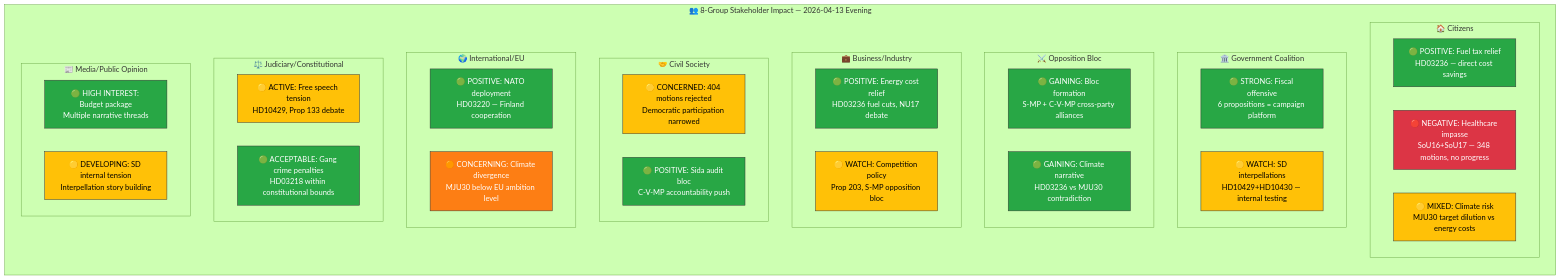
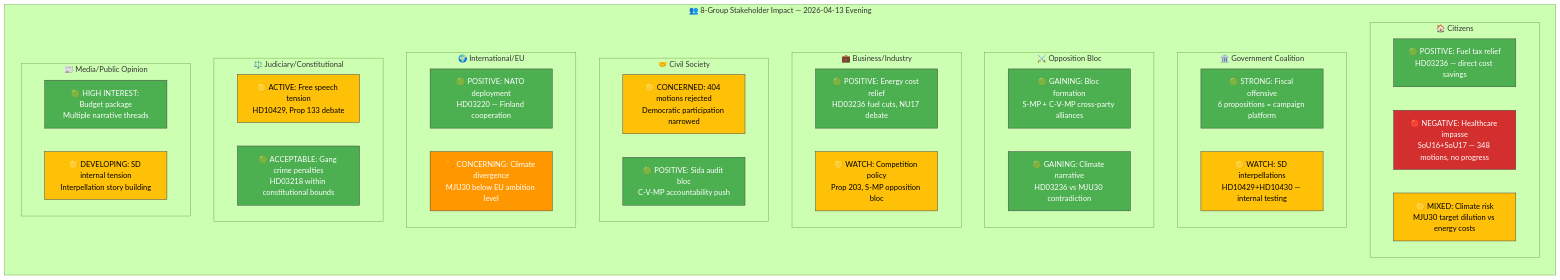
Before and after one commit to Hack23/riksdagsmonitor: the diagram in analysis/daily/2026-04-13/evening-analysis-2/stakeholder-perspectives.md, drawn with Mermaid (forest theme). The commit also changed 785 other files, not shown here.

First line of the commit message:
Normalize mermaid colors across 786 analysis artifacts to ISMS Style Guide palette

````diff
--- a/analysis/daily/2026-04-13/evening-analysis-2/stakeholder-perspectives.md
+++ b/analysis/daily/2026-04-13/evening-analysis-2/stakeholder-perspectives.md
@@ -16,56 +16,56 @@
 ```mermaid
 graph TD
     subgraph "👥 8-Group Stakeholder Impact — 2026-04-13 Evening"
         direction TB
         subgraph CIT["🏠 Citizens"]
             CIT1["🟢 POSITIVE: Fuel tax relief<br/>HD03236 — direct cost savings"]
             CIT2["🔴 NEGATIVE: Healthcare impasse<br/>SoU16+SoU17 — 348 motions, no progress"]
             CIT3["🟡 MIXED: Climate risk<br/>MJU30 target dilution vs energy costs"]
         end
         subgraph GOV["🏛️ Government Coalition"]
             GOV1["🟢 STRONG: Fiscal offensive<br/>6 propositions = campaign platform"]
             GOV2["🟡 WATCH: SD interpellations<br/>HD10429+HD10430 — internal testing"]
         end
         subgraph OPP["⚔️ Opposition Bloc"]
             OPP1["🟢 GAINING: Bloc formation<br/>S-MP + C-V-MP cross-party alliances"]
             OPP2["🟢 GAINING: Climate narrative<br/>HD03236 vs MJU30 contradiction"]
         end
         subgraph BIZ["💼 Business/Industry"]
             BIZ1["🟢 POSITIVE: Energy cost relief<br/>HD03236 fuel cuts, NU17 debate"]
             BIZ2["🟡 WATCH: Competition policy<br/>Prop 203, S-MP opposition bloc"]
         end
         subgraph CIV["🤝 Civil Society"]
             CIV1["🟡 CONCERNED: 404 motions rejected<br/>Democratic participation narrowed"]
             CIV2["🟢 POSITIVE: Sida audit bloc<br/>C-V-MP accountability push"]
         end
         subgraph INT["🌍 International/EU"]
             INT1["🟢 POSITIVE: NATO deployment<br/>HD03220 — Finland cooperation"]
             INT2["🟠 CONCERNING: Climate divergence<br/>MJU30 below EU ambition level"]
         end
         subgraph JUD["⚖️ Judiciary/Constitutional"]
             JUD1["🟡 ACTIVE: Free speech tension<br/>HD10429, Prop 133 debate"]
             JUD2["🟢 ACCEPTABLE: Gang crime penalties<br/>HD03218 within constitutional bounds"]
         end
         subgraph MED["📰 Media/Public Opinion"]
             MED1["🟢 HIGH INTEREST: Budget package<br/>Multiple narrative threads"]
             MED2["🟡 DEVELOPING: SD internal tension<br/>Interpellation story building"]
         end
     end
-    style CIT1 fill:#28a745,stroke:#333,color:#fff
-    style CIT2 fill:#dc3545,stroke:#333,color:#fff
-    style CIT3 fill:#ffc107,stroke:#333,color:#000
-    style GOV1 fill:#28a745,stroke:#333,color:#fff
-    style GOV2 fill:#ffc107,stroke:#333,color:#000
-    style OPP1 fill:#28a745,stroke:#333,color:#fff
-    style OPP2 fill:#28a745,stroke:#333,color:#fff
-    style BIZ1 fill:#28a745,stroke:#333,color:#fff
-    style BIZ2 fill:#ffc107,stroke:#333,color:#000
-    style CIV1 fill:#ffc107,stroke:#333,color:#000
-    style CIV2 fill:#28a745,stroke:#333,color:#fff
-    style INT1 fill:#28a745,stroke:#333,color:#fff
-    style INT2 fill:#fd7e14,stroke:#333,color:#fff
-    style JUD1 fill:#ffc107,stroke:#333,color:#000
-    style JUD2 fill:#28a745,stroke:#333,color:#fff
-    style MED1 fill:#28a745,stroke:#333,color:#fff
-    style MED2 fill:#ffc107,stroke:#333,color:#000
+    style CIT1 fill:#4CAF50,stroke:#424242,color:#FFFFFF
+    style CIT2 fill:#D32F2F,stroke:#424242,color:#FFFFFF
+    style CIT3 fill:#FFC107,stroke:#424242,color:#000000
+    style GOV1 fill:#4CAF50,stroke:#424242,color:#FFFFFF
+    style GOV2 fill:#FFC107,stroke:#424242,color:#000000
+    style OPP1 fill:#4CAF50,stroke:#424242,color:#FFFFFF
+    style OPP2 fill:#4CAF50,stroke:#424242,color:#FFFFFF
+    style BIZ1 fill:#4CAF50,stroke:#424242,color:#FFFFFF
+    style BIZ2 fill:#FFC107,stroke:#424242,color:#000000
+    style CIV1 fill:#FFC107,stroke:#424242,color:#000000
+    style CIV2 fill:#4CAF50,stroke:#424242,color:#FFFFFF
+    style INT1 fill:#4CAF50,stroke:#424242,color:#FFFFFF
+    style INT2 fill:#FF9800,stroke:#424242,color:#FFFFFF
+    style JUD1 fill:#FFC107,stroke:#424242,color:#000000
+    style JUD2 fill:#4CAF50,stroke:#424242,color:#FFFFFF
+    style MED1 fill:#4CAF50,stroke:#424242,color:#FFFFFF
+    style MED2 fill:#FFC107,stroke:#424242,color:#000000
 ```
````
